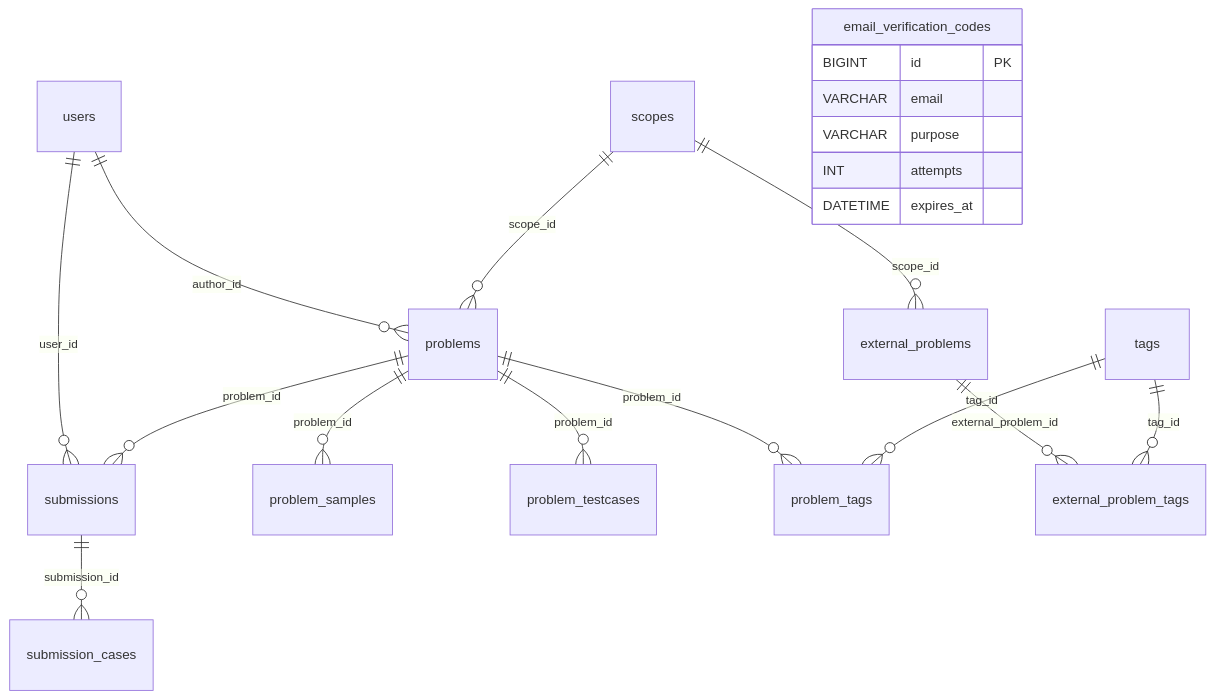
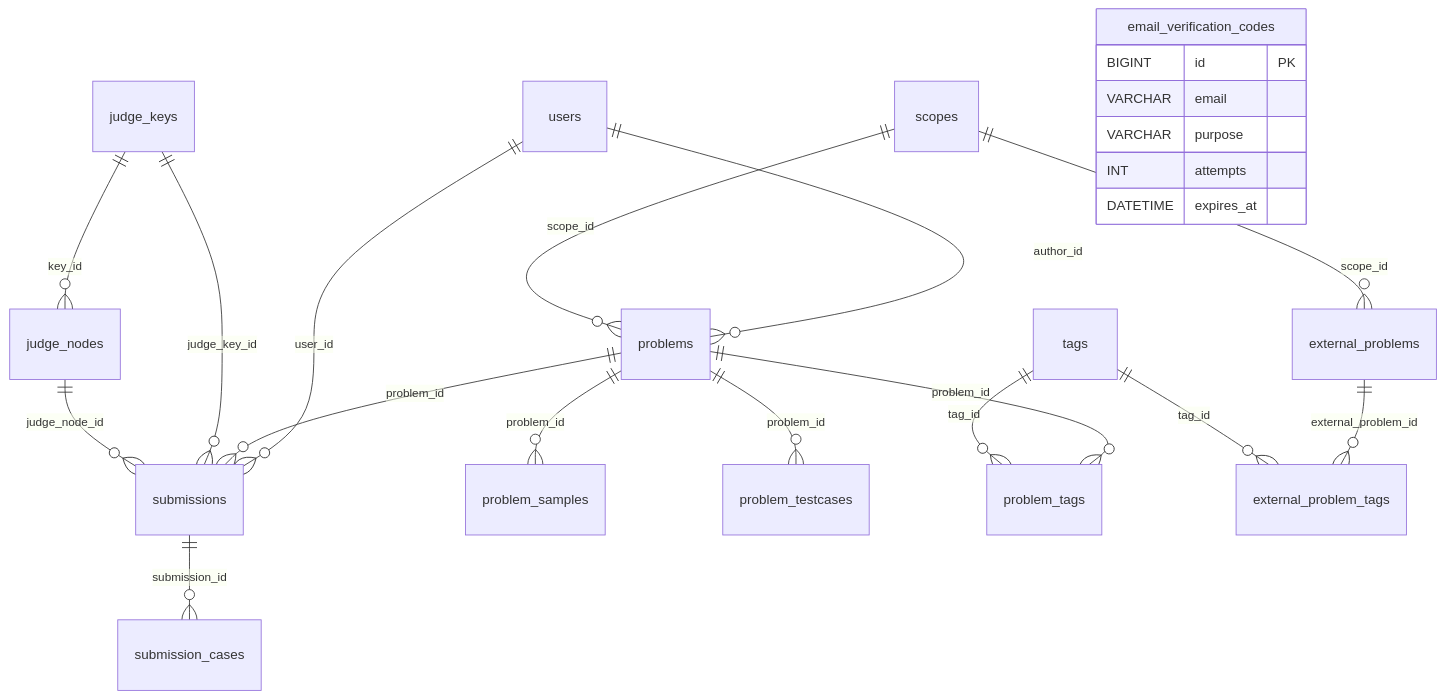
One commit to yucccxi/iOJ changed the diagram in docs/server/02-database.md. Above: the diagram before and after it, drawn with Mermaid. The commit also changed other lines of this file and 139 other files, not shown here.

````diff
--- a/docs/server/02-database.md
+++ b/docs/server/02-database.md
@@ -23,22 +23,25 @@
 ```mermaid
 erDiagram
     users ||--o{ problems : "author_id"
     scopes ||--o{ problems : "scope_id"
     scopes ||--o{ external_problems : "scope_id"
     users ||--o{ submissions : "user_id"
     problems ||--o{ problem_samples : "problem_id"
     problems ||--o{ problem_testcases : "problem_id"
     problems ||--o{ problem_tags : "problem_id"
     tags ||--o{ problem_tags : "tag_id"
     external_problems ||--o{ external_problem_tags : "external_problem_id"
     tags ||--o{ external_problem_tags : "tag_id"
     problems ||--o{ submissions : "problem_id"
     submissions ||--o{ submission_cases : "submission_id"
+    judge_keys ||--o{ judge_nodes : "key_id"
+    judge_keys ||--o{ submissions : "judge_key_id"
+    judge_nodes ||--o{ submissions : "judge_node_id"
     email_verification_codes {
         BIGINT id PK
         VARCHAR email
         VARCHAR purpose
         INT attempts
         DATETIME expires_at
     }
 ```
````
